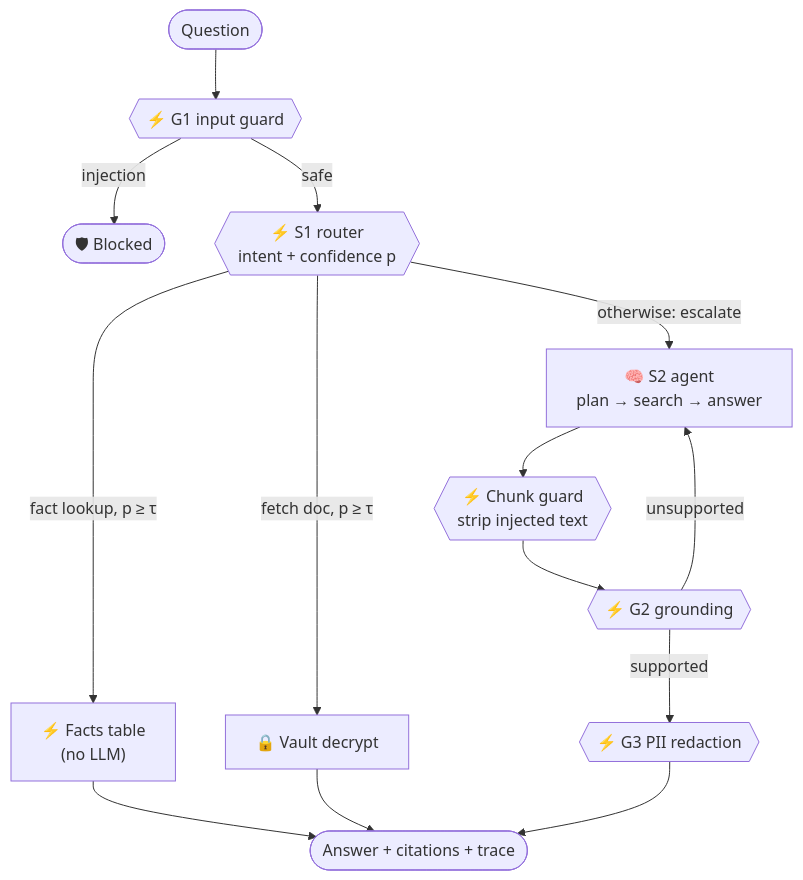
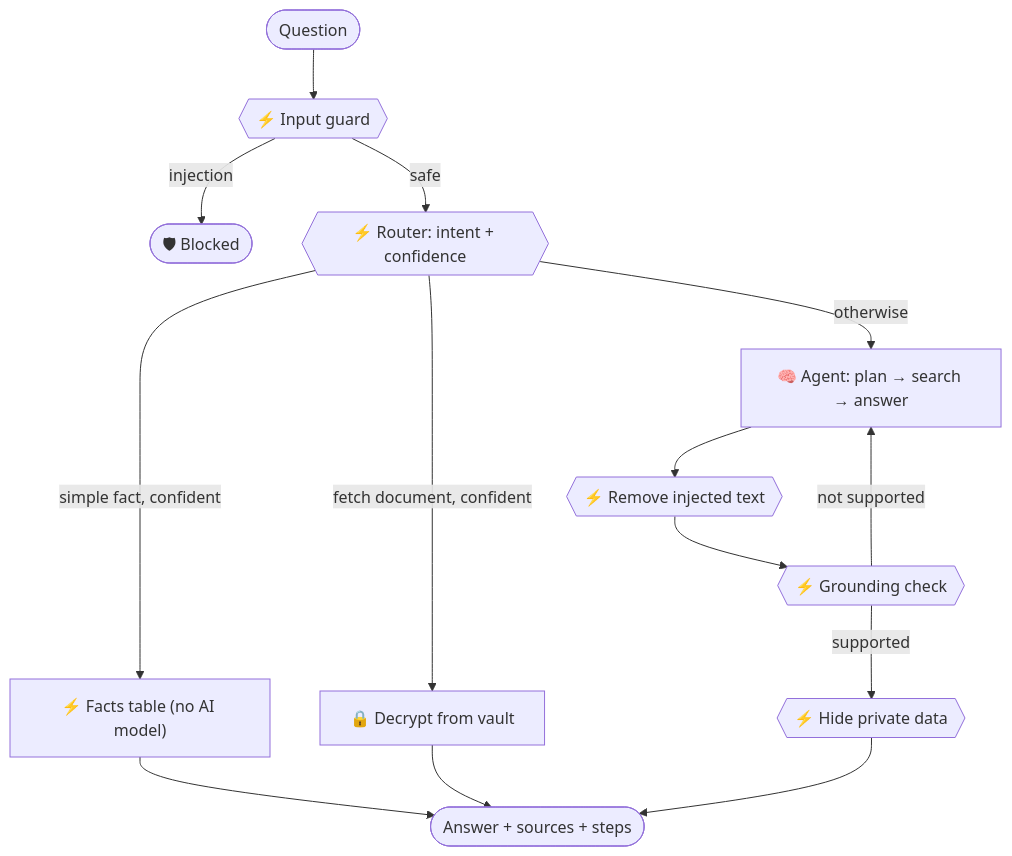
One commit to MohitBareja16/smriti changed the diagram in README.md. Above: the diagram before and after it, drawn with Mermaid. The commit also changed other lines of this file and 37 other files, not shown here.

````diff
--- a/README.md
+++ b/README.md
@@ -82,16 +127,16 @@
 ```mermaid
 flowchart TD
-    Q([Question]) --> G1{{"⚡ G1 input guard"}}
+    Q([Question]) --> G1{{"⚡ Input guard"}}
     G1 -- injection --> B([🛡 Blocked])
-    G1 -- safe --> R{{"⚡ S1 router<br/>intent + confidence p"}}
-    R -- "fact lookup, p ≥ τ" --> F["⚡ Facts table<br/>(no LLM)"]
-    R -- "fetch doc, p ≥ τ" --> V["🔒 Vault decrypt"]
-    R -- "otherwise: escalate" --> A["🧠 S2 agent<br/>plan → search → answer"]
-    A --> C{{"⚡ Chunk guard<br/>strip injected text"}}
-    C --> G2{{"⚡ G2 grounding"}}
-    G2 -- "unsupported" --> A
-    G2 -- supported --> G3{{"⚡ G3 PII redaction"}}
-    F --> OUT([Answer + citations + trace])
+    G1 -- safe --> R{{"⚡ Router: intent + confidence"}}
+    R -- "simple fact, confident" --> F["⚡ Facts table (no AI model)"]
+    R -- "fetch document, confident" --> V["🔒 Decrypt from vault"]
+    R -- "otherwise" --> A["🧠 Agent: plan → search → answer"]
+    A --> C{{"⚡ Remove injected text"}}
+    C --> G2{{"⚡ Grounding check"}}
+    G2 -- "not supported" --> A
+    G2 -- supported --> G3{{"⚡ Hide private data"}}
+    F --> OUT([Answer + sources + steps])
     V --> OUT
     G3 --> OUT
 ```
````
